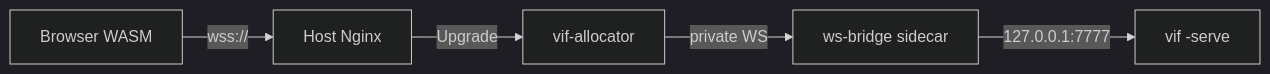
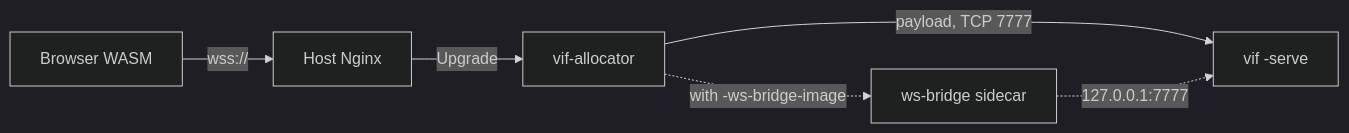
Before and after one commit to lixenwraith/vif: the diagram in doc/multi-platform.md, drawn with Mermaid (dark theme). The commit also changed other lines of this file and 14 other files, not shown here.

````diff
--- a/doc/multi-platform.md
+++ b/doc/multi-platform.md
@@ -198,7 +198,8 @@
 ```mermaid
 flowchart LR
     Browser["Browser WASM"] -->|"wss://"| Nginx["Host Nginx"]
     Nginx -->|"Upgrade"| Allocator["vif-allocator"]
-    Allocator -->|"private WS"| Bridge["ws-bridge sidecar"]
-    Bridge -->|"127.0.0.1:7777"| Pod["vif -serve"]
+    Allocator -->|"payload, TCP 7777"| Pod["vif -serve"]
+    Allocator -.->|"with -ws-bridge-image"| Bridge["ws-bridge sidecar"]
+    Bridge -.->|"127.0.0.1:7777"| Pod
 ```
````
